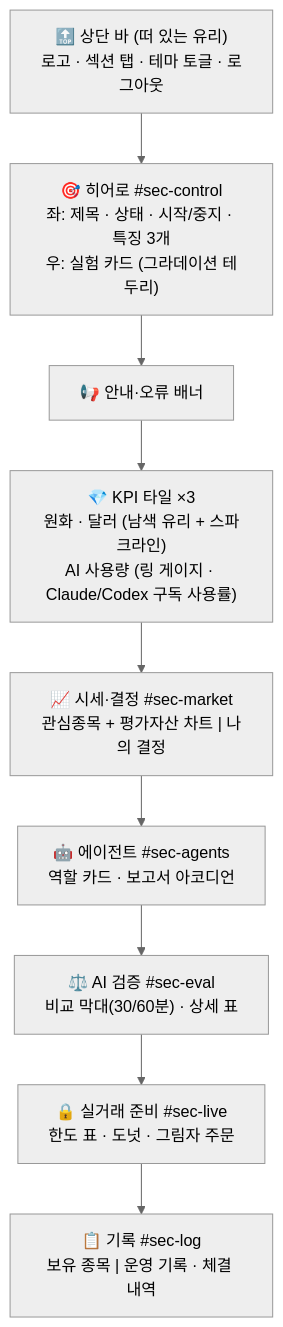
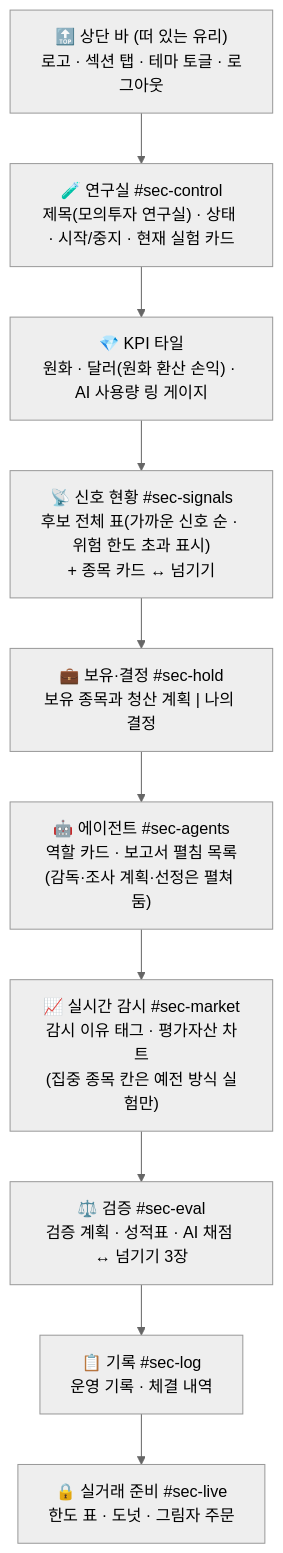
Before and after one commit to eshir0/stock-lab: the diagram in docs/DESIGN.md, drawn with Mermaid (neutral theme). The commit also changed other lines of this file and 5 other files, not shown here.

````diff
--- a/docs/DESIGN.md
+++ b/docs/DESIGN.md
@@ -96,13 +96,14 @@
 ```mermaid
 flowchart TD
     TB["🔝 상단 바 (떠 있는 유리)<br/>로고 · 섹션 탭 · 테마 토글 · 로그아웃"]
-    HERO["🎯 히어로 #sec-control<br/>좌: 제목 · 상태 · 시작/중지 · 특징 3개<br/>우: 실험 카드 (그라데이션 테두리)"]
-    NOTICE["📢 안내·오류 배너"]
-    KPI["💎 KPI 타일 ×3<br/>원화 · 달러 (남색 유리 + 스파크라인)<br/>AI 사용량 (링 게이지 · Claude/Codex 구독 사용률)"]
-    MKT["📈 시세·결정 #sec-market<br/>관심종목 + 평가자산 차트 | 나의 결정"]
-    AG["🤖 에이전트 #sec-agents<br/>역할 카드 · 보고서 아코디언"]
-    EV["⚖️ AI 검증 #sec-eval<br/>비교 막대(30/60분) · 상세 표"]
+    HERO["🧪 연구실 #sec-control<br/>제목(모의투자 연구실) · 상태 · 시작/중지 · 현재 실험 카드"]
+    KPI["💎 KPI 타일<br/>원화 · 달러(원화 환산 손익) · AI 사용량 링 게이지"]
+    SIG["📡 신호 현황 #sec-signals<br/>후보 전체 표(가까운 신호 순 · 위험 한도 초과 표시)<br/>+ 종목 카드 ↔ 넘기기"]
+    HOLD["💼 보유·결정 #sec-hold<br/>보유 종목과 청산 계획 | 나의 결정"]
+    AG["🤖 에이전트 #sec-agents<br/>역할 카드 · 보고서 펼침 목록<br/>(감독·조사 계획·선정은 펼쳐 둠)"]
+    MKT["📈 실시간 감시 #sec-market<br/>감시 이유 태그 · 평가자산 차트<br/>(집중 종목 칸은 예전 방식 실험만)"]
+    EV["⚖️ 검증 #sec-eval<br/>검증 계획 · 성적표 · AI 채점 ↔ 넘기기 3장"]
+    LG["📋 기록 #sec-log<br/>운영 기록 · 체결 내역"]
     LV["🔒 실거래 준비 #sec-live<br/>한도 표 · 도넛 · 그림자 주문"]
-    LG["📋 기록 #sec-log<br/>보유 종목 | 운영 기록 · 체결 내역"]
-    TB --> HERO --> NOTICE --> KPI --> MKT --> AG --> EV --> LV --> LG
+    TB --> HERO --> KPI --> SIG --> HOLD --> AG --> MKT --> EV --> LG --> LV
 ```
````
